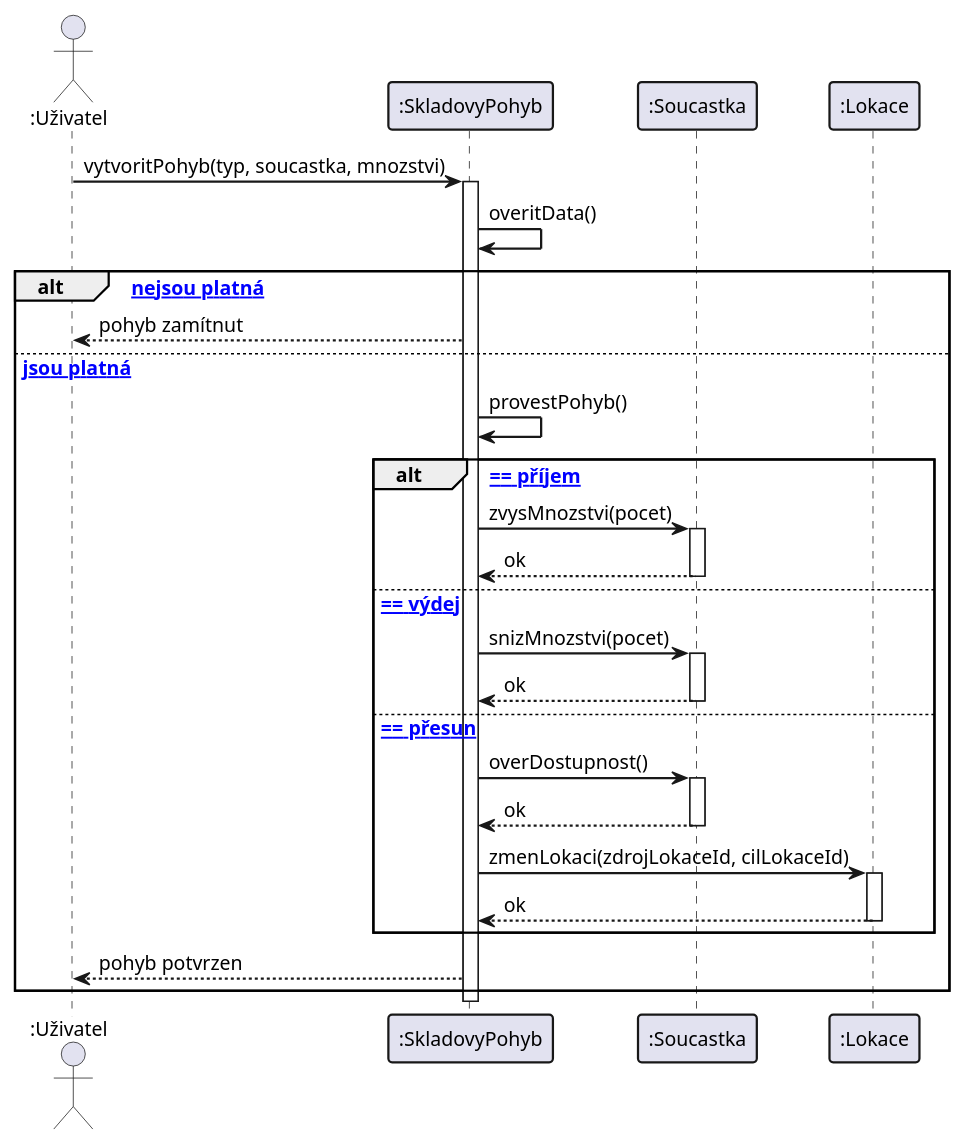
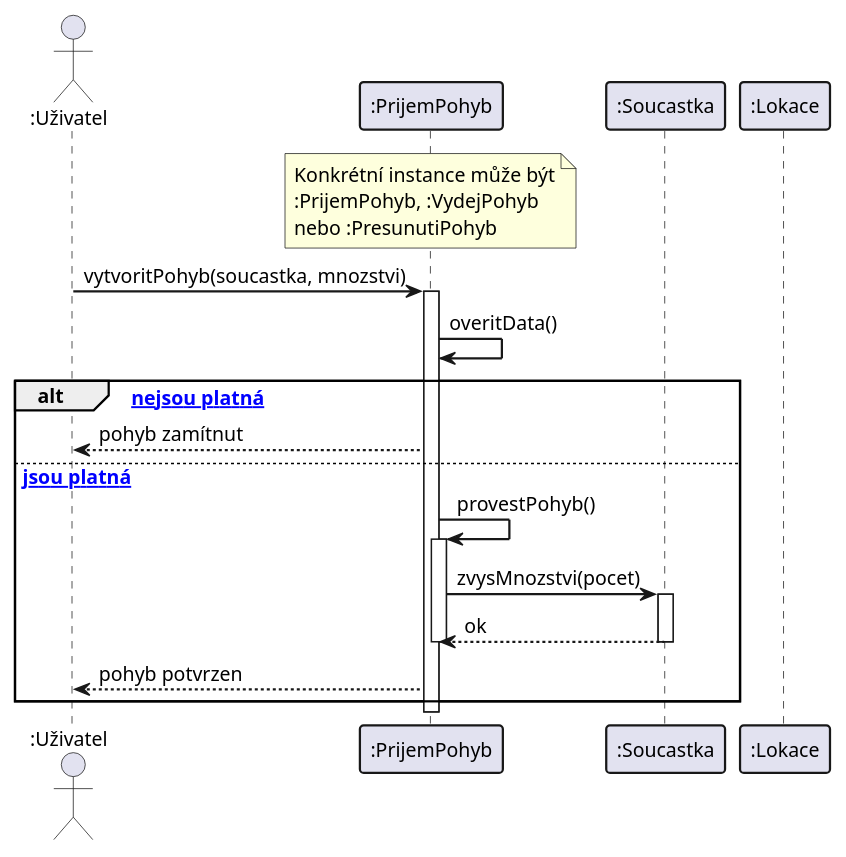
Before and after one commit to lkvapil/kOdevzdaniProjektWMS: the diagram in diagrams/13_sequence_pohyb.puml, drawn with PlantUML. The commit also changed 7 other files, not shown here.

Commit message:
Opravy dle zpětné vazby: generalizace UC, polymorfismus, stavové diagramy

```diff
--- a/diagrams/13_sequence_pohyb.puml
+++ b/diagrams/13_sequence_pohyb.puml
@@ -1,55 +1,45 @@
 @startuml
 skinparam defaultFontSize 13
 skinparam sequenceArrowThickness 1.5
 skinparam sequenceParticipantBorderThickness 1.5
 skinparam sequenceGroupBorderThickness 1.5
 
-' ->    plná čára, plná šipka    = synchronní zpráva (odesílatel čeká)
-' -->   přerušovaná čára         = odpověď / návratová hodnota
+' Bod 5: instance konkrétní podtřídy místo abstraktní :SkladovyPohyb
+' Bod 5: polymorfismus – provestPohyb() se chová dle podtřídy
 
 actor ":Uživatel" as Uzivatel
-participant ":SkladovyPohyb" as Pohyb
+participant ":PrijemPohyb" as Pohyb
 participant ":Soucastka" as Soucastka
 participant ":Lokace" as Lokace
 
-Uzivatel -> Pohyb : vytvoritPohyb(typ, soucastka, mnozstvi)
+note over Pohyb
+  Konkrétní instance může být
+  :PrijemPohyb, :VydejPohyb
+  nebo :PresunutiPohyb
+end note
+
+Uzivatel -> Pohyb : vytvoritPohyb(soucastka, mnozstvi)
 activate Pohyb
 
-' overitData() je metoda SkladovyPohyb – volá se na sobě
 Pohyb -> Pohyb : overitData()
 
 alt [data nejsou platná]
     Pohyb --> Uzivatel : pohyb zamítnut
 
 else [data jsou platná]
+    ' polymorfismus – provestPohyb() se chová dle konkrétní podtřídy
     Pohyb -> Pohyb : provestPohyb()
+    activate Pohyb
 
-    alt [typ == příjem]
-        Pohyb -> Soucastka : zvysMnozstvi(pocet)
-        activate Soucastka
-        Soucastka --> Pohyb : ok
-        deactivate Soucastka
+    Pohyb -> Soucastka : zvysMnozstvi(pocet)
+    activate Soucastka
+    Soucastka --> Pohyb : ok
+    deactivate Soucastka
 
-    else [typ == výdej]
-        Pohyb -> Soucastka : snizMnozstvi(pocet)
-        activate Soucastka
-        Soucastka --> Pohyb : ok
-        deactivate Soucastka
-
-    else [typ == přesun]
-        Pohyb -> Soucastka : overDostupnost()
-        activate Soucastka
-        Soucastka --> Pohyb : ok
-        deactivate Soucastka
-        Pohyb -> Lokace : zmenLokaci(zdrojLokaceId, cilLokaceId)
-        activate Lokace
-        Lokace --> Pohyb : ok
-        deactivate Lokace
-    end
-
+    deactivate Pohyb
     Pohyb --> Uzivatel : pohyb potvrzen
 end
 
 deactivate Pohyb
 
 @enduml
```
